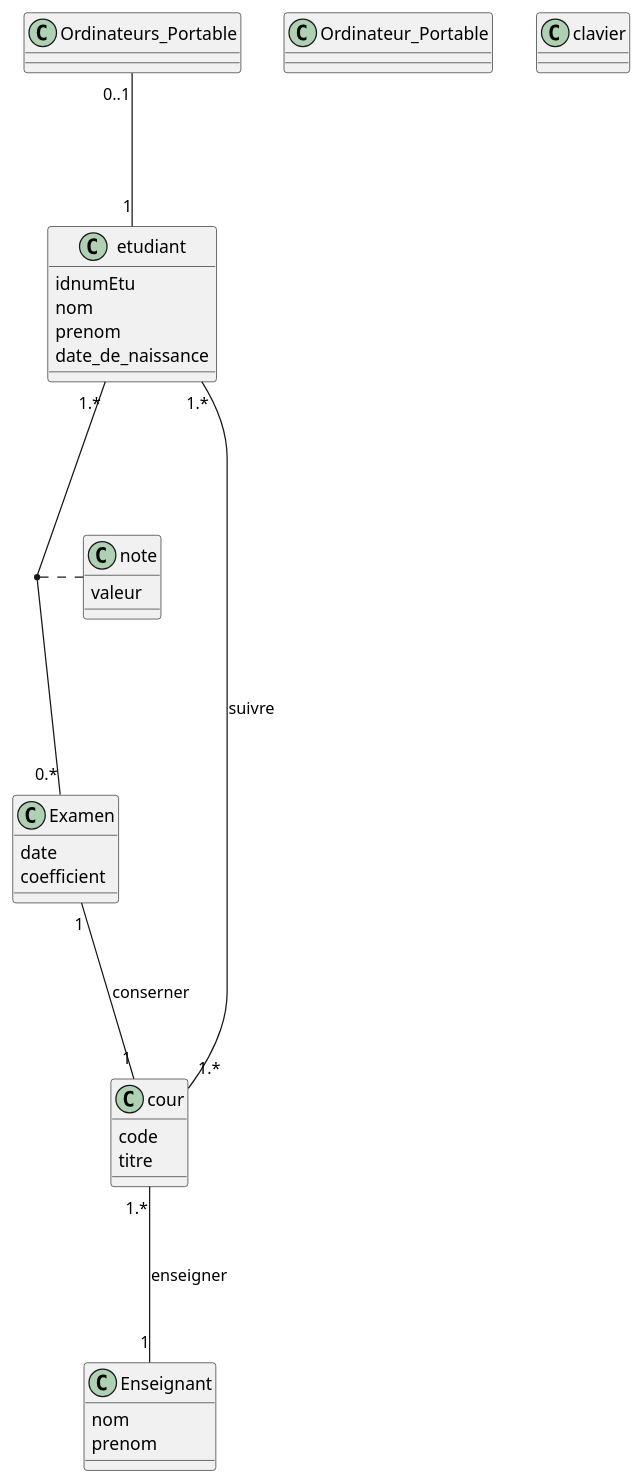
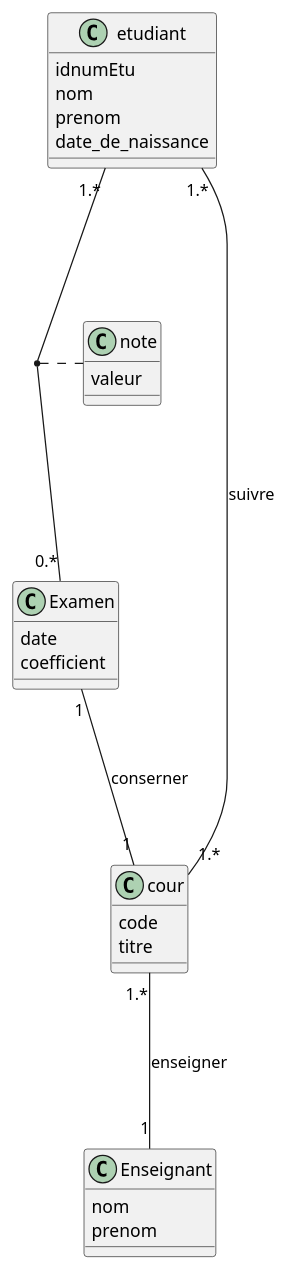
Before and after one commit to IUT-Blagnac/bcoo-Laurian-Dufrechou: the diagram in TD1.2.1.plantuml, drawn with PlantUML.

Commit message:
Fix 1.2.1: final

```diff
--- a/TD1.2.1.plantuml
+++ b/TD1.2.1.plantuml
@@ -2,52 +2,43 @@
 @startuml
 
 class Examen
 {
   date
   coefficient
 }
 
 class Enseignant
 {
   nom
   prenom
 }
 
 class etudiant
 {
   idnumEtu
   nom
   prenom
   date_de_naissance
 }
 
 class cour
 {
   code
   titre
 }
 
 etudiant "1.*" --- "0.*" Examen
 (etudiant, Examen) . note
 
 etudiant "1.*" --- "1.*" cour : suivre
 
 Examen "1" --- "1" cour : conserner
 
 cour "1.*" --- "1" Enseignant : enseigner
 
 class note
 {
   valeur
 }
 
-'----------------------------------
-
-
-class Ordinateur_Portable
-
-class clavier
-
-Ordinateurs_Portable "0..1" --- "1" etudiant
-
 @enduml
```
